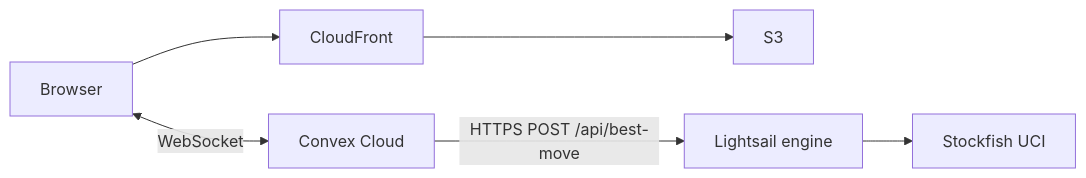
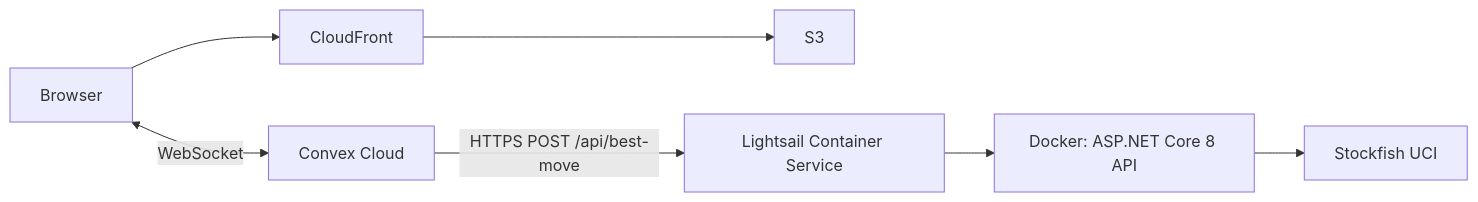
One commit to shawnmcmahon/chess-lobby changed the diagram in docs/deploy-engine-lightsail.md. Above: the diagram before and after it, drawn with Mermaid. The commit also changed other lines of this file and 2 other files, not shown here.

Commit message:
Document Docker on Lightsail Container Service in architecture docs.
Clarify that production runs ASP.NET Core 8 + Stockfish inside a Docker container on Lightsail.

````diff
--- a/docs/deploy-engine-lightsail.md
+++ b/docs/deploy-engine-lightsail.md
@@ -9,8 +9,9 @@
 ```mermaid
 flowchart LR
   Browser --> CloudFront
   CloudFront --> S3
   Browser <-->|WebSocket| ConvexCloud[Convex Cloud]
-  ConvexCloud -->|HTTPS POST /api/best-move| Lightsail[Lightsail engine]
-  Lightsail --> Stockfish[Stockfish UCI]
+  ConvexCloud -->|HTTPS POST /api/best-move| Lightsail[Lightsail Container Service]
+  Lightsail --> Docker[Docker: ASP.NET Core 8 API]
+  Docker --> Stockfish[Stockfish UCI]
 ```
````
